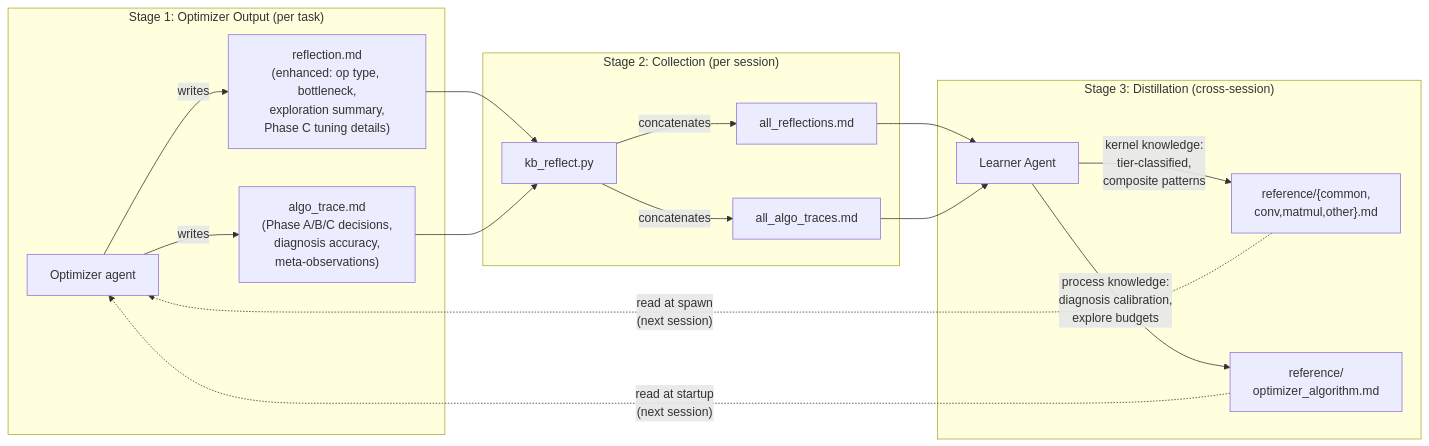
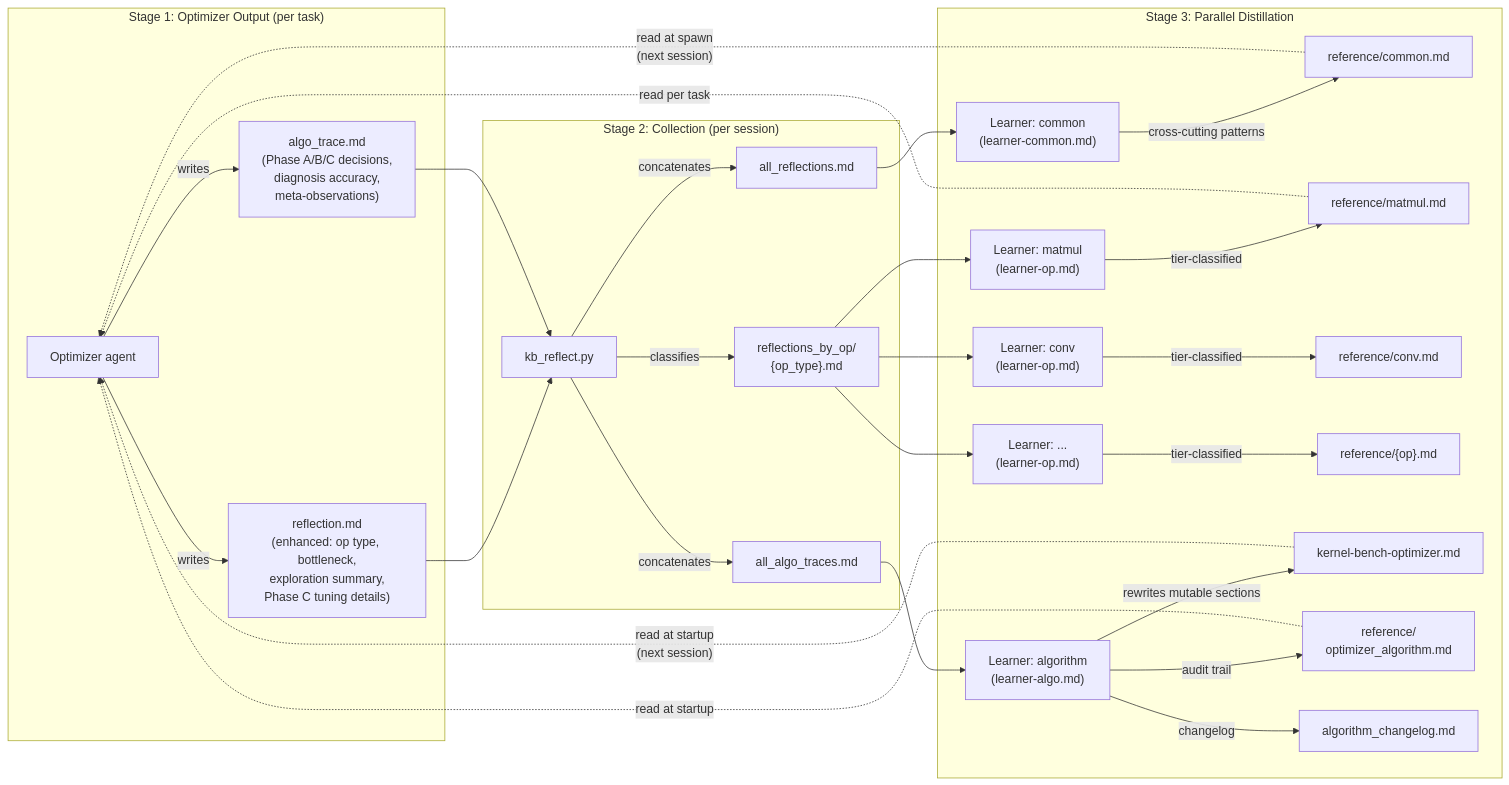
Before and after one commit to dtadpole/triton-ag: the fifth of 7 diagrams in Claude/Architecture.md, drawn with Mermaid. The commit also changed other lines of this file and 12 other files, not shown here.

First line of the commit message:
Phase 9: Iterative algorithm learning — mutable optimizer sections, parallel learners, LEARN mode

````diff
--- a/Claude/Architecture.md
+++ b/Claude/Architecture.md
@@ -511,24 +540,35 @@
 ```mermaid
 flowchart LR
     subgraph stage1["Stage 1: Optimizer Output (per task)"]
         sa["Optimizer agent"] -->|writes| ref["reflection.md<br/>(enhanced: op type, bottleneck,<br/>exploration summary,<br/>Phase C tuning details)"]
         sa -->|writes| trace["algo_trace.md<br/>(Phase A/B/C decisions,<br/>diagnosis accuracy,<br/>meta-observations)"]
     end
 
     subgraph stage2["Stage 2: Collection (per session)"]
         script["kb_reflect.py"] -->|concatenates| allref["all_reflections.md"]
         script -->|concatenates| alltrace["all_algo_traces.md"]
+        script -->|classifies| byop["reflections_by_op/<br/>{op_type}.md"]
     end
 
-    subgraph stage3["Stage 3: Distillation (cross-session)"]
-        learner["Learner Agent"] -->|kernel knowledge:<br/>tier-classified,<br/>composite patterns| learned["reference/{common,<br/>conv,matmul,other}.md"]
-        learner -->|process knowledge:<br/>diagnosis calibration,<br/>explore budgets| algo["reference/<br/>optimizer_algorithm.md"]
+    subgraph stage3["Stage 3: Parallel Distillation"]
+        lcommon["Learner: common<br/>(learner-common.md)"] -->|cross-cutting patterns| common["reference/common.md"]
+        lop1["Learner: matmul<br/>(learner-op.md)"] -->|tier-classified| matmul["reference/matmul.md"]
+        lop2["Learner: conv<br/>(learner-op.md)"] -->|tier-classified| conv["reference/conv.md"]
+        lopN["Learner: ...<br/>(learner-op.md)"] -->|tier-classified| opN["reference/{op}.md"]
+        lalgo["Learner: algorithm<br/>(learner-algo.md)"] -->|rewrites mutable sections| optimizer["kernel-bench-optimizer.md"]
+        lalgo -->|audit trail| algo["reference/<br/>optimizer_algorithm.md"]
+        lalgo -->|changelog| changelog["algorithm_changelog.md"]
     end
 
     ref --> script
     trace --> script
-    allref --> learner
-    alltrace --> learner
-    learned -.->|"read at spawn<br/>(next session)"| sa
-    algo -.->|"read at startup<br/>(next session)"| sa
+    allref --> lcommon
+    byop --> lop1
+    byop --> lop2
+    byop --> lopN
+    alltrace --> lalgo
+    common -.->|"read at spawn<br/>(next session)"| sa
+    matmul -.->|"read per task"| sa
+    algo -.->|"read at startup"| sa
+    optimizer -.->|"read at startup<br/>(next session)"| sa
 ```
````
